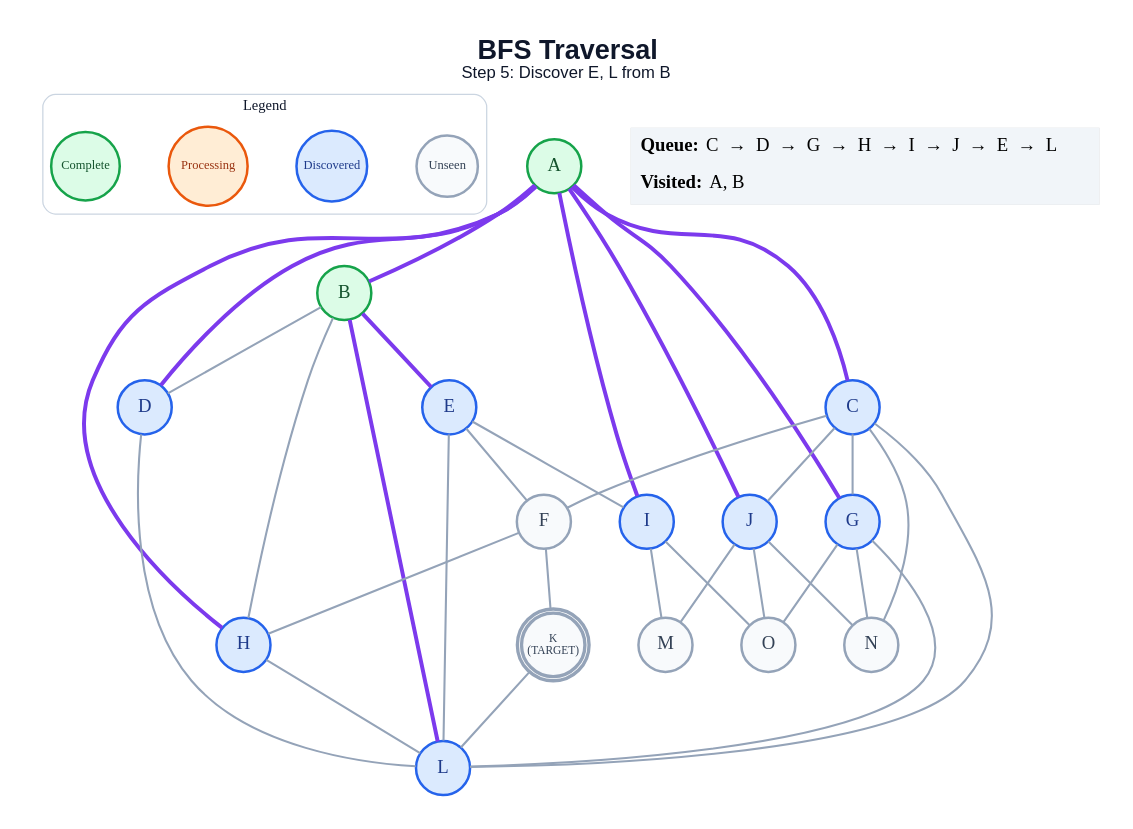
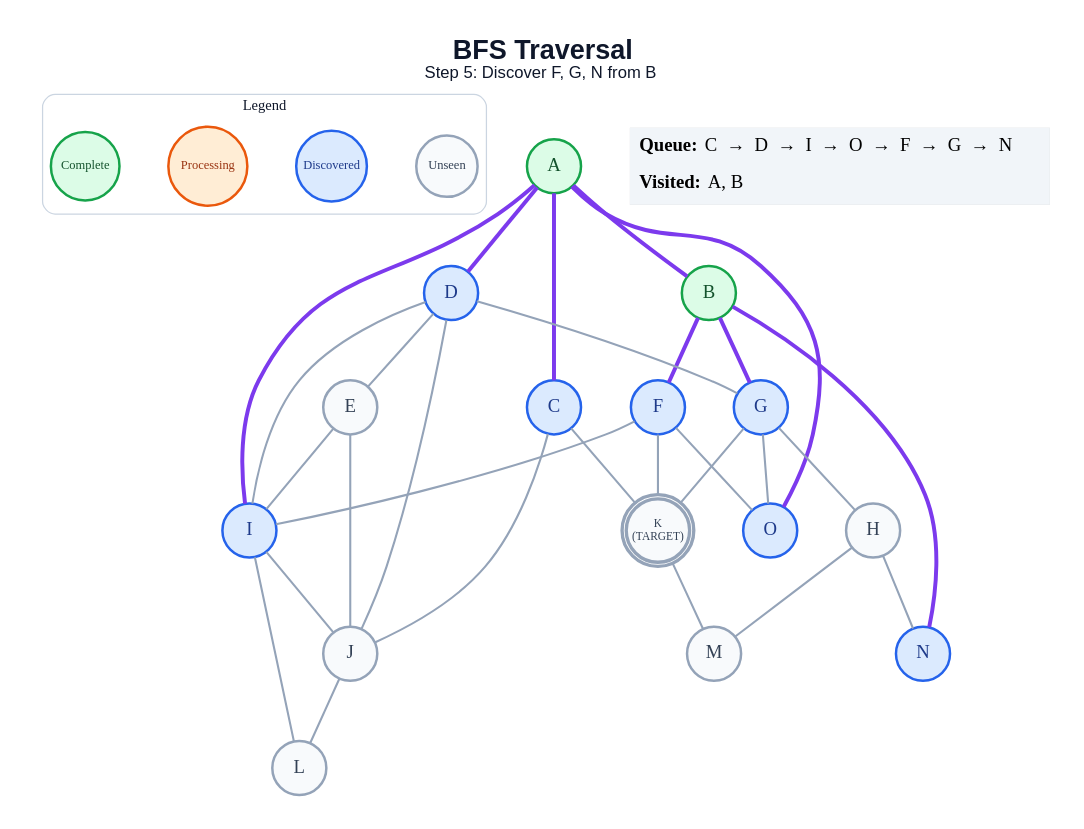
Before and after one commit to anon7238593-create/ai-slop: the diagram in generated/short-circuit/bfs/step_05.dot, drawn with Graphviz. The commit also changed 257 other files, not shown here.

```diff
--- a/generated/short-circuit/bfs/step_05.dot
+++ b/generated/short-circuit/bfs/step_05.dot
@@ -1,66 +1,62 @@
 graph traversal {
   graph [layout=dot, rankdir=TB, bgcolor="#FFFFFF", pad="0.35", nodesep="0.65", ranksep="0.8", fontname="Arial"];
   node [shape=circle, style="filled", fontname="Arial Bold", fontsize=18, width=0.72, fixedsize=true, penwidth=2.4];
   edge [color="#94A3B8", penwidth=2.0];
-  label=<<B>BFS Traversal</B><BR/><FONT POINT-SIZE="16">Step 5: Discover E, L from B</FONT>>; labelloc="t"; fontsize=26; fontname="Arial"; fontcolor="#0F172A";
+  label=<<B>BFS Traversal</B><BR/><FONT POINT-SIZE="16">Step 5: Discover F, G, N from B</FONT>>; labelloc="t"; fontsize=26; fontname="Arial"; fontcolor="#0F172A";
   subgraph cluster_legend { label="Legend"; color="#CBD5E1"; penwidth=1.2; style="rounded"; fontsize=14; fontname="Arial Bold";
     key_unseen [label="Unseen", fillcolor="#F8FAFC", color="#94A3B8", fontcolor="#334155", fontsize=12, width=0.82];
     key_frontier [label="Discovered", fillcolor="#DBEAFE", color="#2563EB", fontcolor="#1E3A8A", fontsize=12, width=0.95];
     key_current [label="Processing", fillcolor="#FFEDD5", color="#EA580C", fontcolor="#9A3412", fontsize=12, width=1.05];
     key_done [label="Complete", fillcolor="#DCFCE7", color="#16A34A", fontcolor="#14532D", fontsize=12, width=0.92];
     { rank=same; key_unseen; key_frontier; key_current; key_done; }
   }
   A [label="A", fillcolor="#DCFCE7", color="#16A34A", fontcolor="#14532D", peripheries=1, penwidth=2.4];
   B [label="B", fillcolor="#DCFCE7", color="#16A34A", fontcolor="#14532D", peripheries=1, penwidth=2.4];
   C [label="C", fillcolor="#DBEAFE", color="#2563EB", fontcolor="#1E3A8A", peripheries=1, penwidth=2.4];
   D [label="D", fillcolor="#DBEAFE", color="#2563EB", fontcolor="#1E3A8A", peripheries=1, penwidth=2.4];
-  E [label="E", fillcolor="#DBEAFE", color="#2563EB", fontcolor="#1E3A8A", peripheries=1, penwidth=2.4];
-  F [label="F", fillcolor="#F8FAFC", color="#94A3B8", fontcolor="#334155", peripheries=1, penwidth=2.4];
+  E [label="E", fillcolor="#F8FAFC", color="#94A3B8", fontcolor="#334155", peripheries=1, penwidth=2.4];
+  F [label="F", fillcolor="#DBEAFE", color="#2563EB", fontcolor="#1E3A8A", peripheries=1, penwidth=2.4];
   G [label="G", fillcolor="#DBEAFE", color="#2563EB", fontcolor="#1E3A8A", peripheries=1, penwidth=2.4];
-  H [label="H", fillcolor="#DBEAFE", color="#2563EB", fontcolor="#1E3A8A", peripheries=1, penwidth=2.4];
+  H [label="H", fillcolor="#F8FAFC", color="#94A3B8", fontcolor="#334155", peripheries=1, penwidth=2.4];
   I [label="I", fillcolor="#DBEAFE", color="#2563EB", fontcolor="#1E3A8A", peripheries=1, penwidth=2.4];
-  J [label="J", fillcolor="#DBEAFE", color="#2563EB", fontcolor="#1E3A8A", peripheries=1, penwidth=2.4];
+  J [label="J", fillcolor="#F8FAFC", color="#94A3B8", fontcolor="#334155", peripheries=1, penwidth=2.4];
   K [label="K\n(TARGET)", fillcolor="#F8FAFC", color="#94A3B8", fontcolor="#334155", peripheries=2, penwidth=3.2, fontsize=11, width=0.85, height=0.85];
-  L [label="L", fillcolor="#DBEAFE", color="#2563EB", fontcolor="#1E3A8A", peripheries=1, penwidth=2.4];
+  L [label="L", fillcolor="#F8FAFC", color="#94A3B8", fontcolor="#334155", peripheries=1, penwidth=2.4];
   M [label="M", fillcolor="#F8FAFC", color="#94A3B8", fontcolor="#334155", peripheries=1, penwidth=2.4];
-  N [label="N", fillcolor="#F8FAFC", color="#94A3B8", fontcolor="#334155", peripheries=1, penwidth=2.4];
-  O [label="O", fillcolor="#F8FAFC", color="#94A3B8", fontcolor="#334155", peripheries=1, penwidth=2.4];
+  N [label="N", fillcolor="#DBEAFE", color="#2563EB", fontcolor="#1E3A8A", peripheries=1, penwidth=2.4];
+  O [label="O", fillcolor="#DBEAFE", color="#2563EB", fontcolor="#1E3A8A", peripheries=1, penwidth=2.4];
   A -- B [color="#7C3AED", penwidth=3.8];
   A -- C [color="#7C3AED", penwidth=3.8];
   A -- D [color="#7C3AED", penwidth=3.8];
-  A -- G [color="#7C3AED", penwidth=3.8];
-  A -- H [color="#7C3AED", penwidth=3.8];
   A -- I [color="#7C3AED", penwidth=3.8];
-  A -- J [color="#7C3AED", penwidth=3.8];
-  B -- D;
-  B -- E [color="#7C3AED", penwidth=3.8];
-  B -- H;
-  B -- L [color="#7C3AED", penwidth=3.8];
-  C -- F;
-  C -- G;
+  A -- O [color="#7C3AED", penwidth=3.8];
+  B -- F [color="#7C3AED", penwidth=3.8];
+  B -- G [color="#7C3AED", penwidth=3.8];
+  B -- N [color="#7C3AED", penwidth=3.8];
   C -- J;
-  C -- L;
-  C -- N;
-  D -- L;
-  E -- F;
+  C -- K;
+  D -- E;
+  D -- G;
+  D -- I;
+  D -- J;
   E -- I;
-  E -- L;
-  F -- H;
+  E -- J;
+  F -- I;
   F -- K;
-  G -- L;
-  G -- N;
+  F -- O;
+  G -- H;
+  G -- K;
   G -- O;
-  H -- L;
-  I -- M;
-  I -- O;
-  J -- M;
-  J -- N;
-  J -- O;
-  K -- L;
+  H -- M;
+  H -- N;
+  I -- J;
+  I -- L;
+  J -- L;
+  K -- M;
   status [shape=plain, fixedsize=false, width=0, height=0, margin=0, label=<
     <TABLE BORDER="0" CELLBORDER="0" CELLPADDING="7" BGCOLOR="#F1F5F9">
-      <TR><TD ALIGN="LEFT"><B>Queue:</B> C  →  D  →  G  →  H  →  I  →  J  →  E  →  L</TD></TR>
+      <TR><TD ALIGN="LEFT"><B>Queue:</B> C  →  D  →  I  →  O  →  F  →  G  →  N</TD></TR>
       <TR><TD ALIGN="LEFT"><B>Visited:</B> A, B</TD></TR>
     </TABLE>
   >];
 }
```
